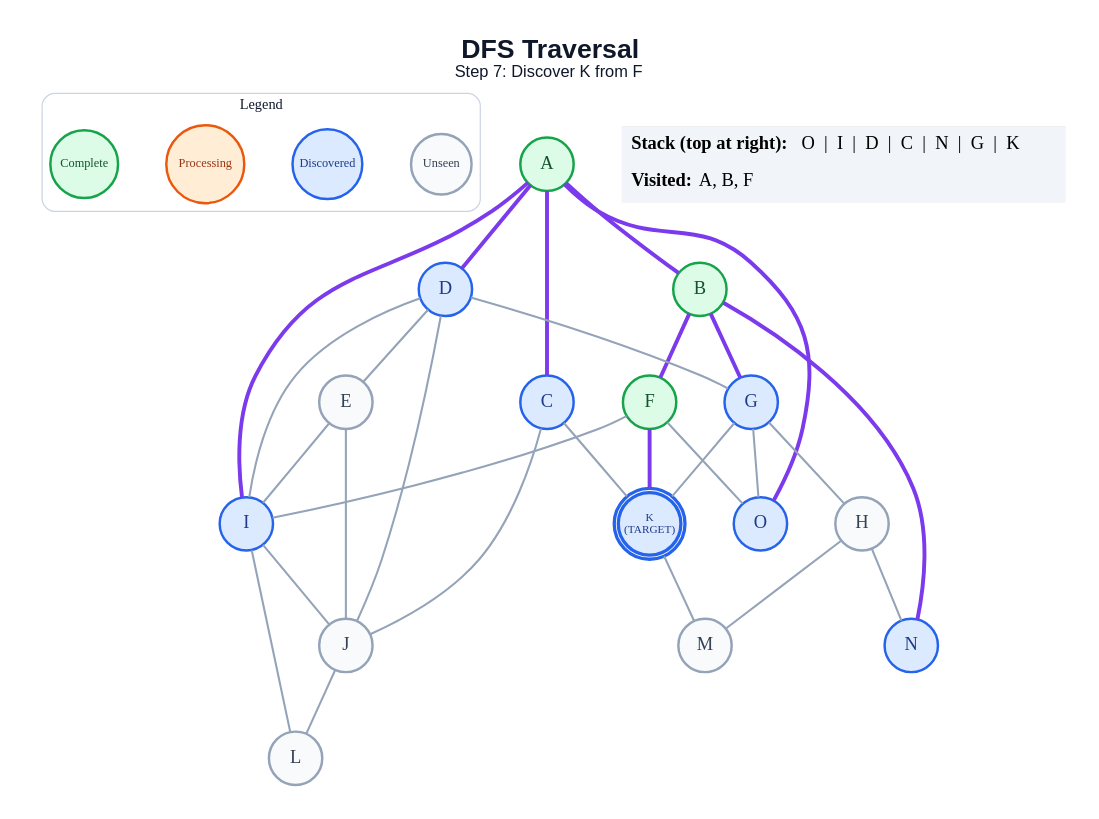
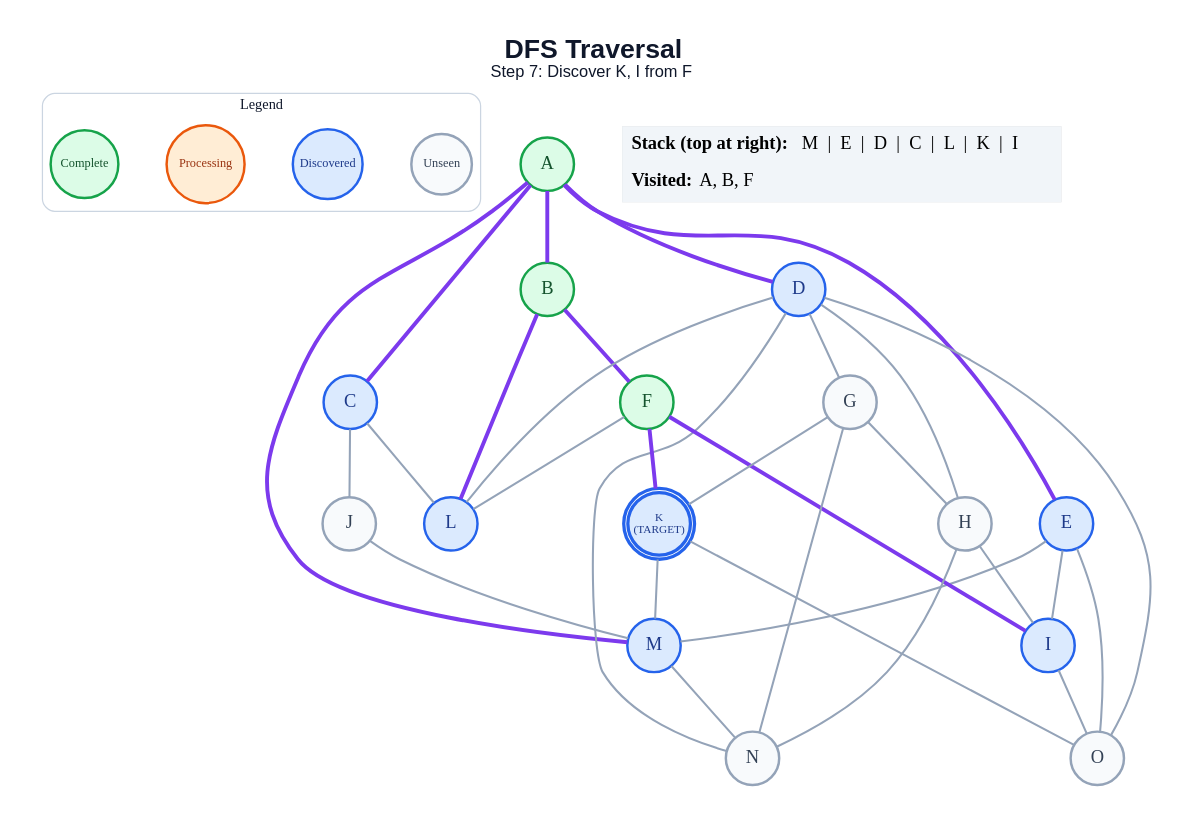
One commit to anon7238593-create/ai-slop changed the diagram in generated/dfs/step_07.dot. Above: the diagram before and after it, drawn with Graphviz. The commit also changed 264 other files, not shown here.

```diff
--- a/generated/dfs/step_07.dot
+++ b/generated/dfs/step_07.dot
@@ -1,62 +1,64 @@
 graph traversal {
   graph [layout=dot, rankdir=TB, bgcolor="#FFFFFF", pad="0.35", nodesep="0.65", ranksep="0.8", fontname="Arial"];
   node [shape=circle, style="filled", fontname="Arial Bold", fontsize=18, width=0.72, fixedsize=true, penwidth=2.4];
   edge [color="#94A3B8", penwidth=2.0];
-  label=<<B>DFS Traversal</B><BR/><FONT POINT-SIZE="16">Step 7: Discover K from F</FONT>>; labelloc="t"; fontsize=26; fontname="Arial"; fontcolor="#0F172A";
+  label=<<B>DFS Traversal</B><BR/><FONT POINT-SIZE="16">Step 7: Discover K, I from F</FONT>>; labelloc="t"; fontsize=26; fontname="Arial"; fontcolor="#0F172A";
   subgraph cluster_legend { label="Legend"; color="#CBD5E1"; penwidth=1.2; style="rounded"; fontsize=14; fontname="Arial Bold";
     key_unseen [label="Unseen", fillcolor="#F8FAFC", color="#94A3B8", fontcolor="#334155", fontsize=12, width=0.82];
     key_frontier [label="Discovered", fillcolor="#DBEAFE", color="#2563EB", fontcolor="#1E3A8A", fontsize=12, width=0.95];
     key_current [label="Processing", fillcolor="#FFEDD5", color="#EA580C", fontcolor="#9A3412", fontsize=12, width=1.05];
     key_done [label="Complete", fillcolor="#DCFCE7", color="#16A34A", fontcolor="#14532D", fontsize=12, width=0.92];
     { rank=same; key_unseen; key_frontier; key_current; key_done; }
   }
   A [label="A", fillcolor="#DCFCE7", color="#16A34A", fontcolor="#14532D", peripheries=1, penwidth=2.4];
   B [label="B", fillcolor="#DCFCE7", color="#16A34A", fontcolor="#14532D", peripheries=1, penwidth=2.4];
   C [label="C", fillcolor="#DBEAFE", color="#2563EB", fontcolor="#1E3A8A", peripheries=1, penwidth=2.4];
   D [label="D", fillcolor="#DBEAFE", color="#2563EB", fontcolor="#1E3A8A", peripheries=1, penwidth=2.4];
-  E [label="E", fillcolor="#F8FAFC", color="#94A3B8", fontcolor="#334155", peripheries=1, penwidth=2.4];
+  E [label="E", fillcolor="#DBEAFE", color="#2563EB", fontcolor="#1E3A8A", peripheries=1, penwidth=2.4];
   F [label="F", fillcolor="#DCFCE7", color="#16A34A", fontcolor="#14532D", peripheries=1, penwidth=2.4];
-  G [label="G", fillcolor="#DBEAFE", color="#2563EB", fontcolor="#1E3A8A", peripheries=1, penwidth=2.4];
+  G [label="G", fillcolor="#F8FAFC", color="#94A3B8", fontcolor="#334155", peripheries=1, penwidth=2.4];
   H [label="H", fillcolor="#F8FAFC", color="#94A3B8", fontcolor="#334155", peripheries=1, penwidth=2.4];
   I [label="I", fillcolor="#DBEAFE", color="#2563EB", fontcolor="#1E3A8A", peripheries=1, penwidth=2.4];
   J [label="J", fillcolor="#F8FAFC", color="#94A3B8", fontcolor="#334155", peripheries=1, penwidth=2.4];
   K [label="K\n(TARGET)", fillcolor="#DBEAFE", color="#2563EB", fontcolor="#1E3A8A", peripheries=2, penwidth=3.2, fontsize=11, width=0.85, height=0.85];
-  L [label="L", fillcolor="#F8FAFC", color="#94A3B8", fontcolor="#334155", peripheries=1, penwidth=2.4];
-  M [label="M", fillcolor="#F8FAFC", color="#94A3B8", fontcolor="#334155", peripheries=1, penwidth=2.4];
-  N [label="N", fillcolor="#DBEAFE", color="#2563EB", fontcolor="#1E3A8A", peripheries=1, penwidth=2.4];
-  O [label="O", fillcolor="#DBEAFE", color="#2563EB", fontcolor="#1E3A8A", peripheries=1, penwidth=2.4];
+  L [label="L", fillcolor="#DBEAFE", color="#2563EB", fontcolor="#1E3A8A", peripheries=1, penwidth=2.4];
+  M [label="M", fillcolor="#DBEAFE", color="#2563EB", fontcolor="#1E3A8A", peripheries=1, penwidth=2.4];
+  N [label="N", fillcolor="#F8FAFC", color="#94A3B8", fontcolor="#334155", peripheries=1, penwidth=2.4];
+  O [label="O", fillcolor="#F8FAFC", color="#94A3B8", fontcolor="#334155", peripheries=1, penwidth=2.4];
   A -- B [color="#7C3AED", penwidth=3.8];
   A -- C [color="#7C3AED", penwidth=3.8];
   A -- D [color="#7C3AED", penwidth=3.8];
-  A -- I [color="#7C3AED", penwidth=3.8];
-  A -- O [color="#7C3AED", penwidth=3.8];
+  A -- E [color="#7C3AED", penwidth=3.8];
+  A -- M [color="#7C3AED", penwidth=3.8];
   B -- F [color="#7C3AED", penwidth=3.8];
-  B -- G [color="#7C3AED", penwidth=3.8];
-  B -- N [color="#7C3AED", penwidth=3.8];
+  B -- L [color="#7C3AED", penwidth=3.8];
   C -- J;
-  C -- K;
-  D -- E;
+  C -- L;
   D -- G;
-  D -- I;
-  D -- J;
+  D -- H;
+  D -- L;
+  D -- N;
+  D -- O;
   E -- I;
-  E -- J;
-  F -- I;
+  E -- M;
+  E -- O;
+  F -- I [color="#7C3AED", penwidth=3.8];
   F -- K [color="#7C3AED", penwidth=3.8];
-  F -- O;
+  F -- L;
   G -- H;
   G -- K;
-  G -- O;
-  H -- M;
+  G -- N;
+  H -- I;
   H -- N;
-  I -- J;
-  I -- L;
-  J -- L;
+  I -- O;
+  J -- M;
   K -- M;
+  K -- O;
+  M -- N;
   status [shape=plain, fixedsize=false, width=0, height=0, margin=0, label=<
     <TABLE BORDER="0" CELLBORDER="0" CELLPADDING="7" BGCOLOR="#F1F5F9">
-      <TR><TD ALIGN="LEFT"><B>Stack (top at right):</B> O  |  I  |  D  |  C  |  N  |  G  |  K</TD></TR>
+      <TR><TD ALIGN="LEFT"><B>Stack (top at right):</B> M  |  E  |  D  |  C  |  L  |  K  |  I</TD></TR>
       <TR><TD ALIGN="LEFT"><B>Visited:</B> A, B, F</TD></TR>
     </TABLE>
   >];
 }
```
